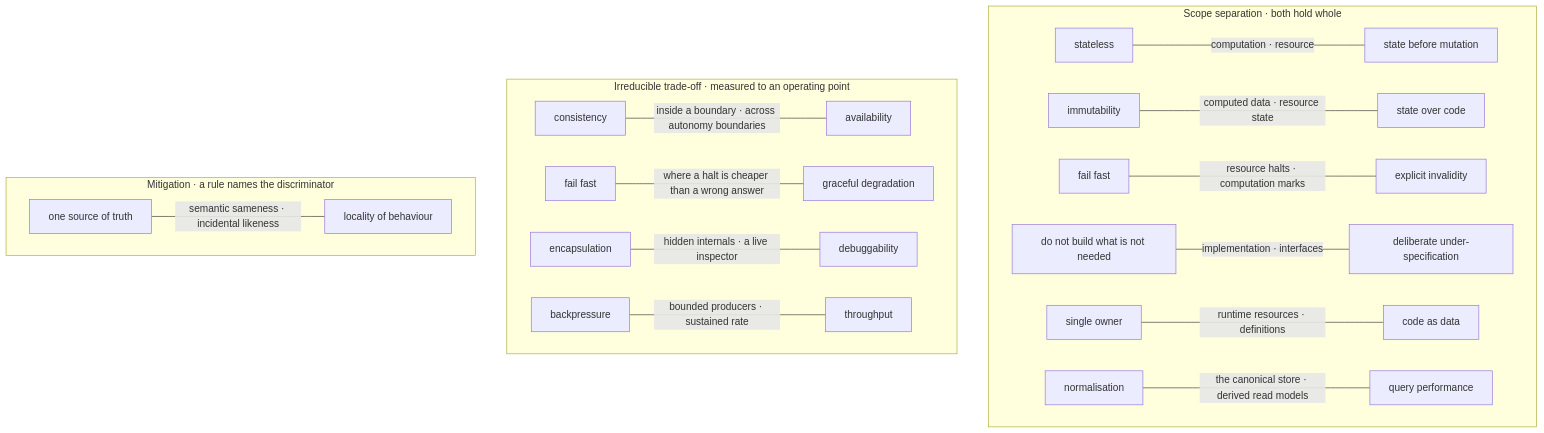
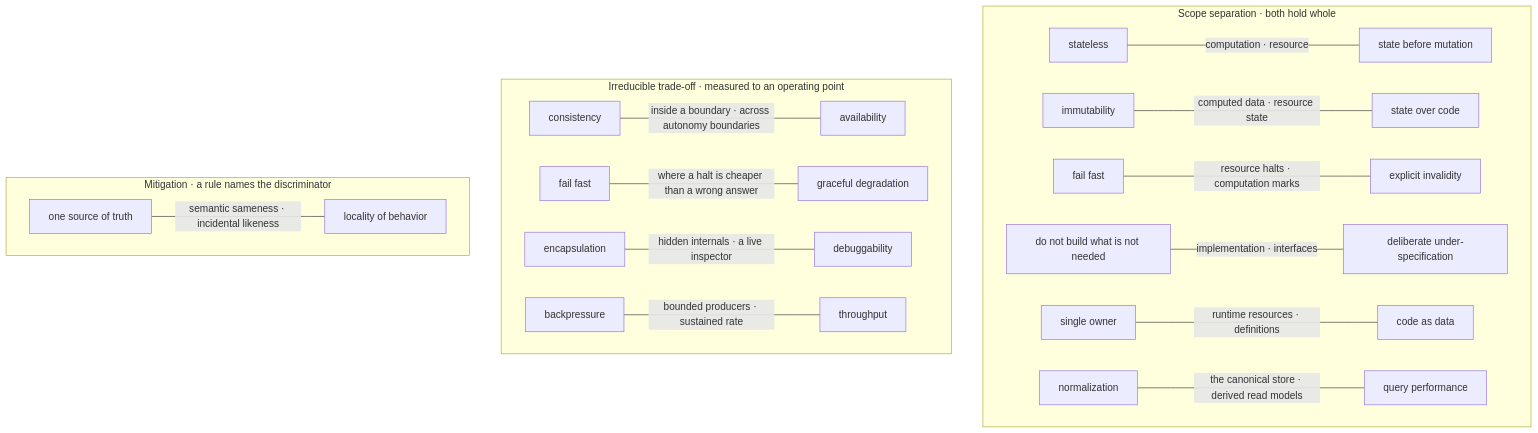
One commit to Varietyz/Disciplined-AI-Software-Development changed diagram 13 of 13 in architecture/PRINCIPLES.md. Above: the diagram before and after it, drawn with Mermaid. The commit also changed other lines of this file and 672 other files, not shown here.

````diff
--- a/architecture/PRINCIPLES.md
+++ b/architecture/PRINCIPLES.md
@@ -706,20 +706,20 @@
 ```mermaid
 flowchart TB
 subgraph scope["Scope separation · both hold whole"]
 a1["stateless"] -- computation · resource --- a2["state before mutation"]
 b1["immutability"] -- computed data · resource state --- b2["state over code"]
 c1["fail fast"] -- resource halts · computation marks --- c2["explicit invalidity"]
 d1["do not build what is not needed"] -- implementation · interfaces --- d2["deliberate under-specification"]
 e1["single owner"] -- runtime resources · definitions --- e2["code as data"]
-g1["normalisation"] -- the canonical store · derived read models --- g2["query performance"]
+g1["normalization"] -- the canonical store · derived read models --- g2["query performance"]
 end
 subgraph trade["Irreducible trade-off · measured to an operating point"]
 i1["consistency"] -- inside a boundary · across autonomy boundaries --- i2["availability"]
 j1["fail fast"] -- where a halt is cheaper than a wrong answer --- j2["graceful degradation"]
 k1["encapsulation"] -- hidden internals · a live inspector --- k2["debuggability"]
 l1["backpressure"] -- bounded producers · sustained rate --- l2["throughput"]
 end
 subgraph mitigate["Mitigation · a rule names the discriminator"]
-m1["one source of truth"] -- semantic sameness · incidental likeness --- m2["locality of behaviour"]
+m1["one source of truth"] -- semantic sameness · incidental likeness --- m2["locality of behavior"]
 end
 ```
````
